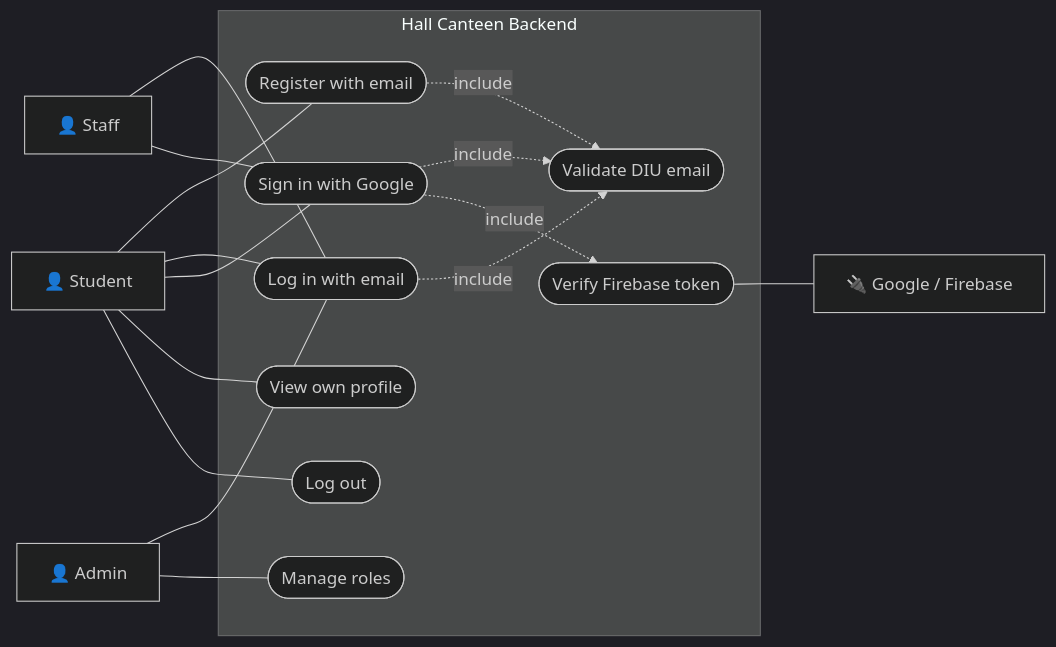
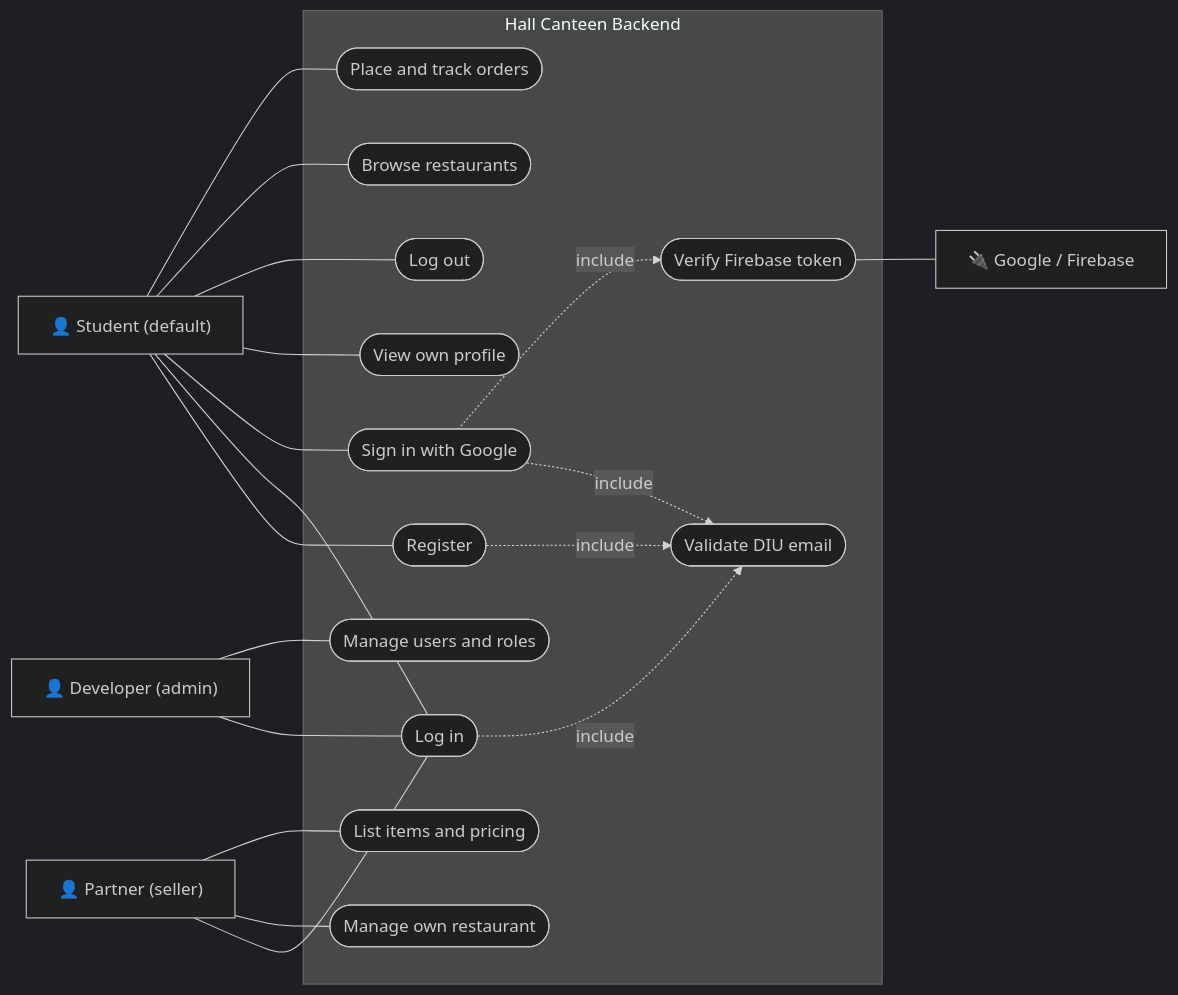
One commit to darklight9911/Hall_Canteen_Backend changed the first of 11 diagrams in docs/ARCHITECTURE.md. Above: the diagram before and after it, drawn with Mermaid (dark theme). The commit also changed other lines of this file and 16 other files, not shown here.

First line of the commit message:
feat(partner): roles (student/partner/developer) + partner onboarding & shop

````diff
--- a/docs/ARCHITECTURE.md
+++ b/docs/ARCHITECTURE.md
@@ -43,35 +43,42 @@
 ```mermaid
 flowchart LR
-    %% Use case diagram
-    student["👤 Student"]
-    staff["👤 Staff"]
-    admin["👤 Admin"]
+    %% Use case diagram - roles and access
+    student["👤 Student (default)"]
+    partner["👤 Partner (seller)"]
+    developer["👤 Developer (admin)"]
     google["🔌 Google / Firebase"]
 
     subgraph sys["Hall Canteen Backend"]
-        uc1(["Register with email"])
-        uc2(["Log in with email"])
-        uc3(["Sign in with Google"])
-        uc4(["View own profile"])
-        uc5(["Log out"])
-        uc6(["Validate DIU email"])
-        uc7(["Verify Firebase token"])
-        uc8(["Manage roles"])
+        a1(["Register"])
+        a2(["Log in"])
+        a3(["Sign in with Google"])
+        a4(["View own profile"])
+        a5(["Log out"])
+        s1(["Browse restaurants"])
+        s2(["Place and track orders"])
+        p1(["Manage own restaurant"])
+        p2(["List items and pricing"])
+        d1(["Manage users and roles"])
+        v1(["Validate DIU email"])
+        v2(["Verify Firebase token"])
     end
 
-    student --- uc1
-    student --- uc2
-    student --- uc3
-    student --- uc4
-    student --- uc5
-    staff --- uc2
-    staff --- uc3
-    admin --- uc2
-    admin --- uc8
+    student --- a1
+    student --- a2
+    student --- a3
+    student --- a4
+    student --- a5
+    student --- s1
+    student --- s2
+    partner --- a2
+    partner --- p1
+    partner --- p2
+    developer --- a2
+    developer --- d1
 
-    uc1 -. include .-> uc6
-    uc2 -. include .-> uc6
-    uc3 -. include .-> uc6
-    uc3 -. include .-> uc7
-    uc7 --- google
+    a1 -. include .-> v1
+    a2 -. include .-> v1
+    a3 -. include .-> v1
+    a3 -. include .-> v2
+    v2 --- google
 ```
````
